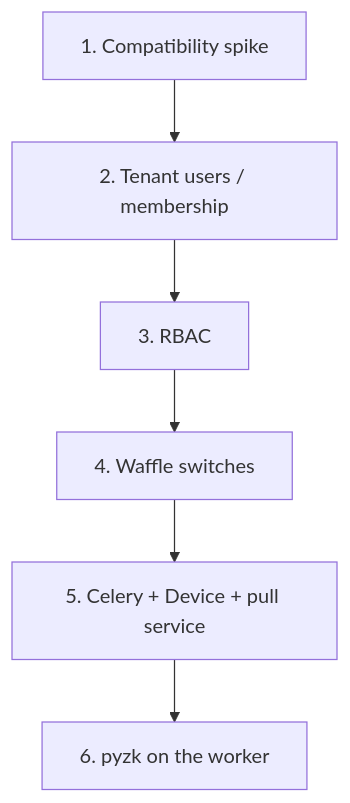
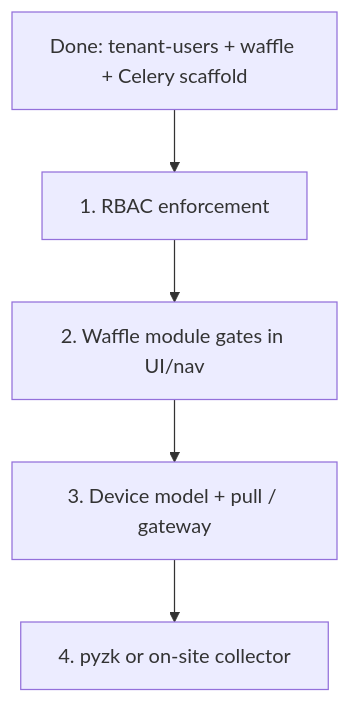
Before and after one commit to adithyan-777/logkshana-hrm: the diagram in docs/backend-roadmap.md, drawn with Mermaid. The commit also changed other lines of this file and 80 other files, not shown here.

````diff
--- a/docs/backend-roadmap.md
+++ b/docs/backend-roadmap.md
@@ -7,8 +9,7 @@
 ```mermaid
 flowchart TD
-  spike["1. Compatibility spike"] --> identity["2. Tenant users / membership"]
-  identity --> rbac["3. RBAC"]
-  rbac --> waffle["4. Waffle switches"]
-  waffle --> celery["5. Celery + Device + pull service"]
-  celery --> pyzk["6. pyzk on the worker"]
+  done["Done: tenant-users + waffle + Celery scaffold"] --> rbac["1. RBAC enforcement"]
+  rbac --> waffle["2. Waffle module gates in UI/nav"]
+  waffle --> device["3. Device model + pull / gateway"]
+  device --> pyzk["4. pyzk or on-site collector"]
 ```
````
